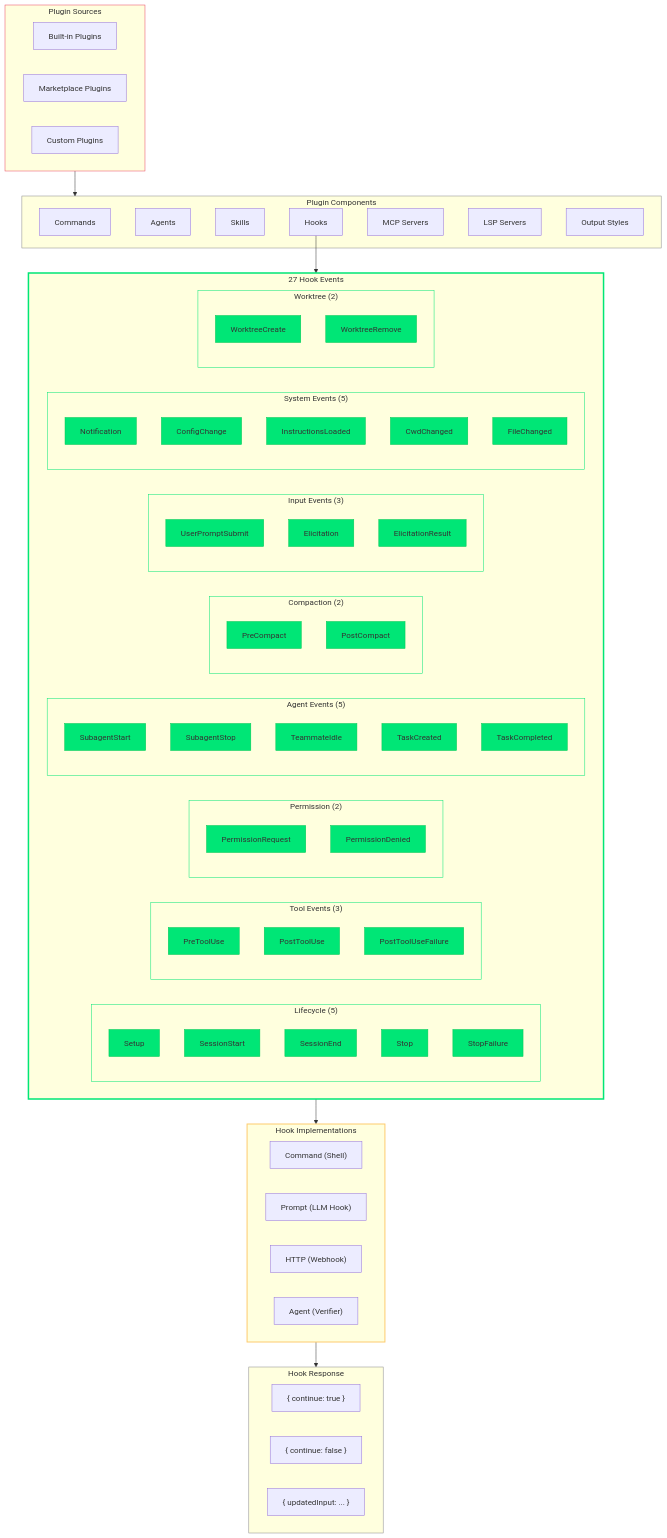
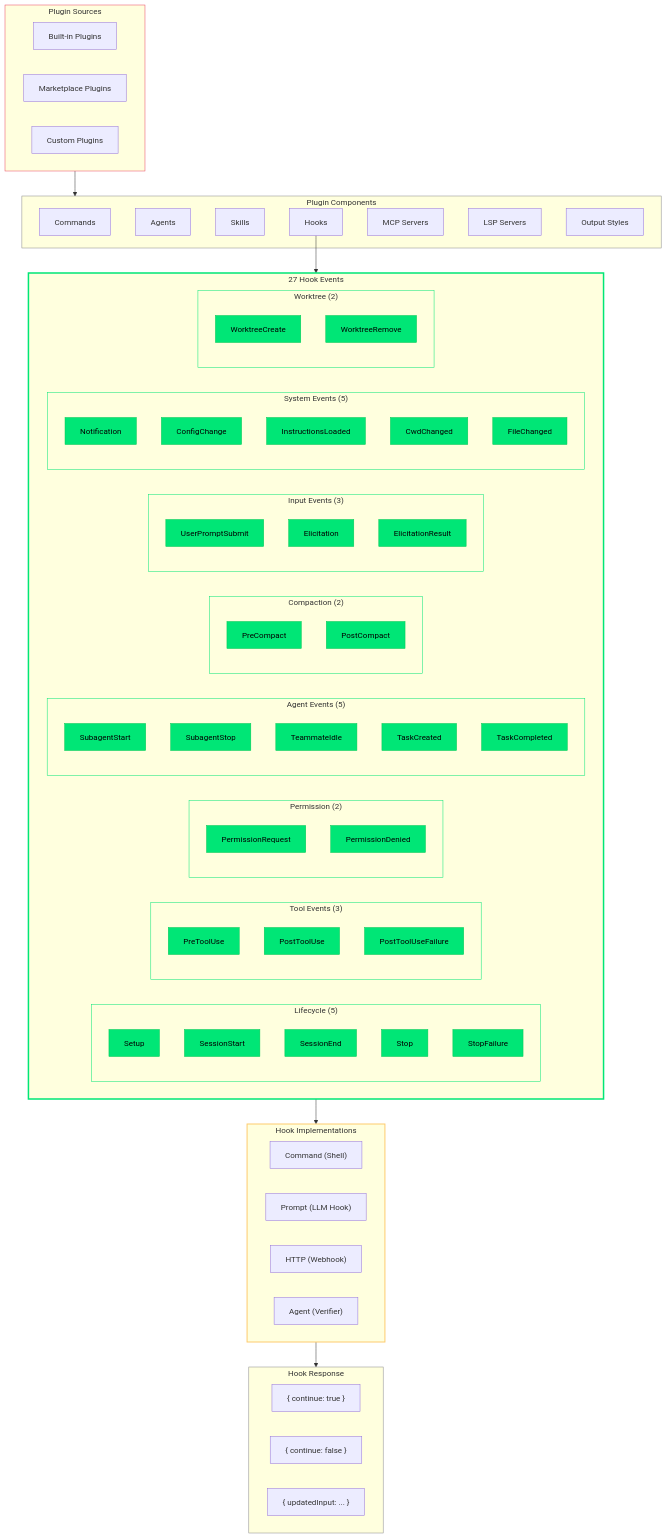
One commit to PavelValentov/multi-agent-architecture changed the ninth of 14 diagrams in DIAGRAMS.md. Above: the diagram before and after it, drawn with Mermaid. The commit also changed other lines of this file, not shown here.

````diff
--- a/DIAGRAMS.md
+++ b/DIAGRAMS.md
@@ -822,33 +822,33 @@
     style InputHooks stroke:#00e676,stroke-width:1px
     style SystemHooks stroke:#00e676,stroke-width:1px
     style WorktreeHooks stroke:#00e676,stroke-width:1px
-    style H_SETUP fill:#00e676,stroke:#00c853,stroke-width:1px
-    style H_SESSION_START fill:#00e676,stroke:#00c853,stroke-width:1px
-    style H_SESSION_END fill:#00e676,stroke:#00c853,stroke-width:1px
-    style H_STOP fill:#00e676,stroke:#00c853,stroke-width:1px
-    style H_STOP_FAIL fill:#00e676,stroke:#00c853,stroke-width:1px
-    style H_PRE fill:#00e676,stroke:#00c853,stroke-width:1px
-    style H_POST fill:#00e676,stroke:#00c853,stroke-width:1px
-    style H_POST_F fill:#00e676,stroke:#00c853,stroke-width:1px
-    style H_PERM_R fill:#00e676,stroke:#00c853,stroke-width:1px
-    style H_PERM_D fill:#00e676,stroke:#00c853,stroke-width:1px
-    style H_SUB_START fill:#00e676,stroke:#00c853,stroke-width:1px
-    style H_SUB_STOP fill:#00e676,stroke:#00c853,stroke-width:1px
-    style H_TEAMMATE fill:#00e676,stroke:#00c853,stroke-width:1px
-    style H_TASK_CREATE fill:#00e676,stroke:#00c853,stroke-width:1px
-    style H_TASK_DONE fill:#00e676,stroke:#00c853,stroke-width:1px
-    style H_PRE_COMPACT fill:#00e676,stroke:#00c853,stroke-width:1px
-    style H_POST_COMPACT fill:#00e676,stroke:#00c853,stroke-width:1px
-    style H_PROMPT fill:#00e676,stroke:#00c853,stroke-width:1px
-    style H_ELICIT fill:#00e676,stroke:#00c853,stroke-width:1px
-    style H_ELICIT_R fill:#00e676,stroke:#00c853,stroke-width:1px
-    style H_NOTIF fill:#00e676,stroke:#00c853,stroke-width:1px
-    style H_CONFIG fill:#00e676,stroke:#00c853,stroke-width:1px
-    style H_INSTRUCT fill:#00e676,stroke:#00c853,stroke-width:1px
-    style H_CWD fill:#00e676,stroke:#00c853,stroke-width:1px
-    style H_FILE fill:#00e676,stroke:#00c853,stroke-width:1px
-    style H_WT_CREATE fill:#00e676,stroke:#00c853,stroke-width:1px
-    style H_WT_REMOVE fill:#00e676,stroke:#00c853,stroke-width:1px
+    style H_SETUP fill:#00e676,stroke:#00c853,stroke-width:1px,color:#000
+    style H_SESSION_START fill:#00e676,stroke:#00c853,stroke-width:1px,color:#000
+    style H_SESSION_END fill:#00e676,stroke:#00c853,stroke-width:1px,color:#000
+    style H_STOP fill:#00e676,stroke:#00c853,stroke-width:1px,color:#000
+    style H_STOP_FAIL fill:#00e676,stroke:#00c853,stroke-width:1px,color:#000
+    style H_PRE fill:#00e676,stroke:#00c853,stroke-width:1px,color:#000
+    style H_POST fill:#00e676,stroke:#00c853,stroke-width:1px,color:#000
+    style H_POST_F fill:#00e676,stroke:#00c853,stroke-width:1px,color:#000
+    style H_PERM_R fill:#00e676,stroke:#00c853,stroke-width:1px,color:#000
+    style H_PERM_D fill:#00e676,stroke:#00c853,stroke-width:1px,color:#000
+    style H_SUB_START fill:#00e676,stroke:#00c853,stroke-width:1px,color:#000
+    style H_SUB_STOP fill:#00e676,stroke:#00c853,stroke-width:1px,color:#000
+    style H_TEAMMATE fill:#00e676,stroke:#00c853,stroke-width:1px,color:#000
+    style H_TASK_CREATE fill:#00e676,stroke:#00c853,stroke-width:1px,color:#000
+    style H_TASK_DONE fill:#00e676,stroke:#00c853,stroke-width:1px,color:#000
+    style H_PRE_COMPACT fill:#00e676,stroke:#00c853,stroke-width:1px,color:#000
+    style H_POST_COMPACT fill:#00e676,stroke:#00c853,stroke-width:1px,color:#000
+    style H_PROMPT fill:#00e676,stroke:#00c853,stroke-width:1px,color:#000
+    style H_ELICIT fill:#00e676,stroke:#00c853,stroke-width:1px,color:#000
+    style H_ELICIT_R fill:#00e676,stroke:#00c853,stroke-width:1px,color:#000
+    style H_NOTIF fill:#00e676,stroke:#00c853,stroke-width:1px,color:#000
+    style H_CONFIG fill:#00e676,stroke:#00c853,stroke-width:1px,color:#000
+    style H_INSTRUCT fill:#00e676,stroke:#00c853,stroke-width:1px,color:#000
+    style H_CWD fill:#00e676,stroke:#00c853,stroke-width:1px,color:#000
+    style H_FILE fill:#00e676,stroke:#00c853,stroke-width:1px,color:#000
+    style H_WT_CREATE fill:#00e676,stroke:#00c853,stroke-width:1px,color:#000
+    style H_WT_REMOVE fill:#00e676,stroke:#00c853,stroke-width:1px,color:#000
     style HookImpl stroke:#fdcb6e,stroke-width:2px
     style HookResponse stroke:#888,stroke-width:1px
 ```
````
